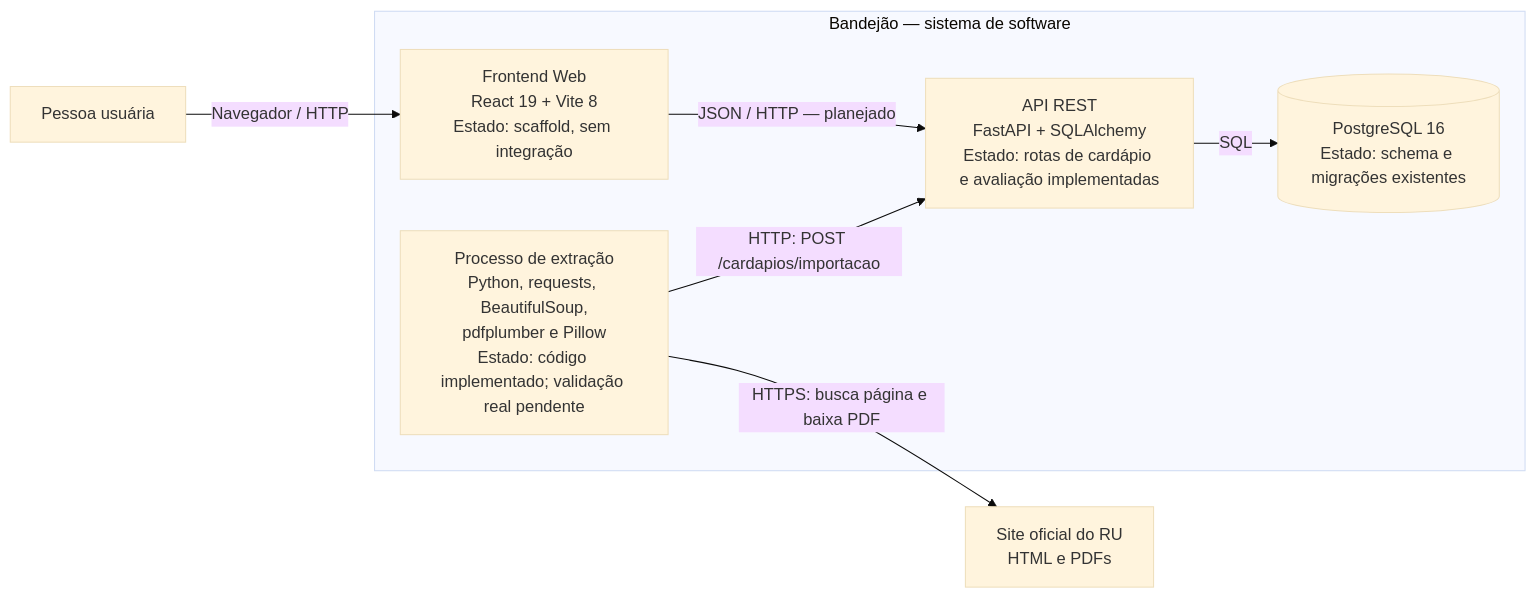
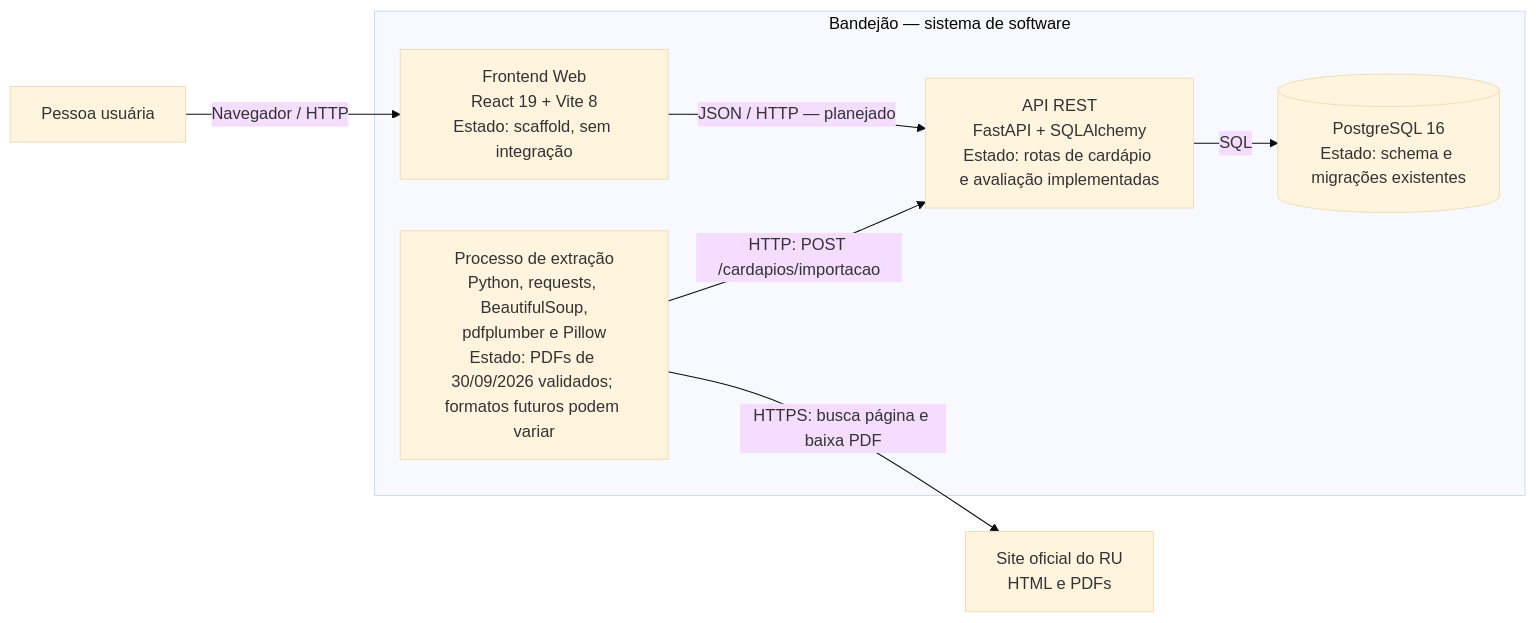
The second of 3 diagrams in docs/Arquitetura.md (unb-mds/2026-2-Bandejao), drawn with Mermaid (base theme) before and after one commit. The commit also changed other lines of this file and 6 other files, not shown here.

````diff
--- a/docs/Arquitetura.md
+++ b/docs/Arquitetura.md
@@ -34,18 +34,18 @@
 ```mermaid
 flowchart LR
     pessoa["Pessoa usuária"]
     site["Site oficial do RU<br/>HTML e PDFs"]
 
     subgraph sistema["Bandejão — sistema de software"]
         web["Frontend Web<br/>React 19 + Vite 8<br/>Estado: scaffold, sem integração"]
         api["API REST<br/>FastAPI + SQLAlchemy<br/>Estado: rotas de cardápio e avaliação implementadas"]
         banco[("PostgreSQL 16<br/>Estado: schema e migrações existentes")]
-        extracao["Processo de extração<br/>Python, requests, BeautifulSoup,<br/>pdfplumber e Pillow<br/>Estado: código implementado; validação real pendente"]
+        extracao["Processo de extração<br/>Python, requests, BeautifulSoup,<br/>pdfplumber e Pillow<br/>Estado: PDFs de 30/09/2026 validados; formatos futuros podem variar"]
     end
 
     pessoa -->|"Navegador / HTTP"| web
     web -->|"JSON / HTTP — planejado"| api
     api -->|"SQL"| banco
     extracao -->|"HTTPS: busca página e baixa PDF"| site
     extracao -->|"HTTP: POST /cardapios/importacao"| api
 ```
````
